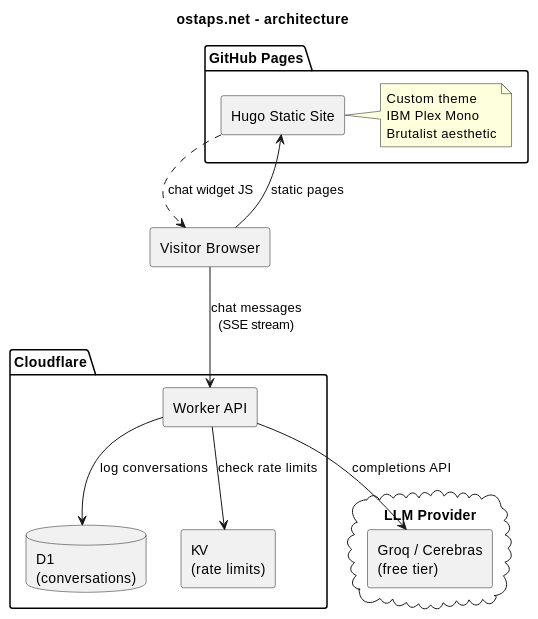
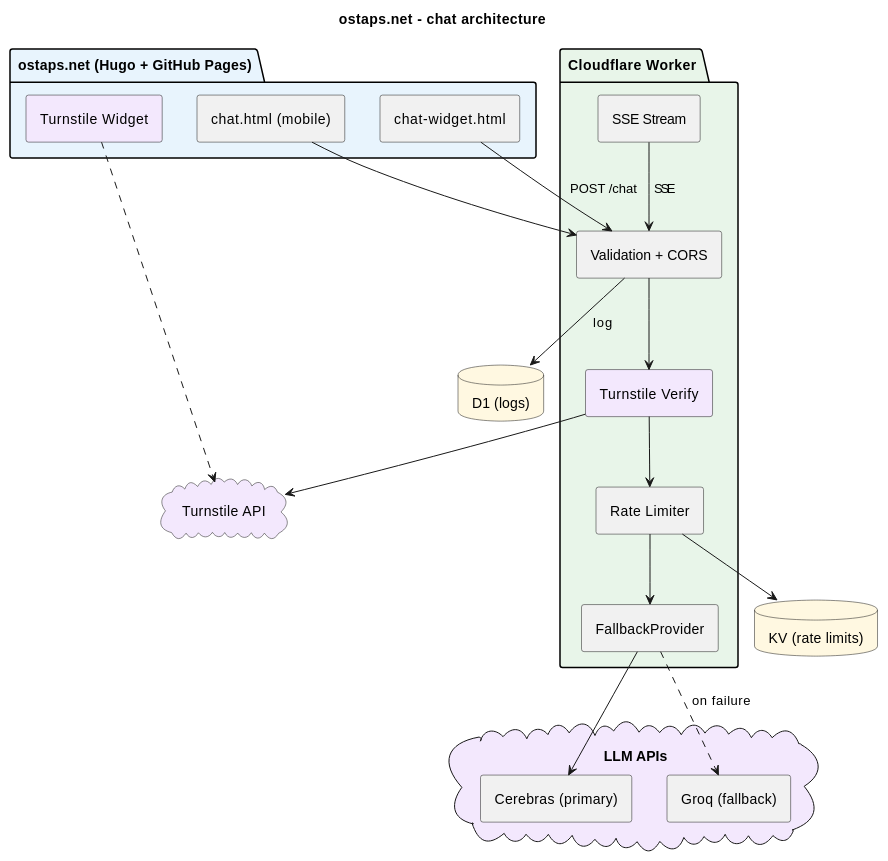
Before and after one commit to kintecus/kintecus.github.io: the diagram in README.md, drawn with PlantUML. The commit also changed other lines of this file, not shown here.

Commit message:
Update architecture diagram and stack for Turnstile and LLM fallback

````diff
--- a/README.md
+++ b/README.md
@@ -9,37 +9,46 @@
 ```plantuml
 @startuml
-title ostaps.net - architecture
+title ostaps.net - chat architecture
 
 skinparam componentStyle rectangle
-skinparam backgroundColor transparent
+skinparam padding 4
 
-package "GitHub Pages" {
-  [Hugo Static Site] as hugo
-  note right of hugo
-    Custom theme
-    IBM Plex Mono
-    Brutalist aesthetic
-  end note
+package "ostaps.net (Hugo + GitHub Pages)" as frontend #E8F4FD {
+  [chat-widget.html] as widget
+  [chat.html (mobile)] as chatpage
+  [Turnstile Widget] as tswidget #F3E8FD
 }
 
-package "Cloudflare" {
-  [Worker API] as worker
-  database "D1\n(conversations)" as d1
-  [KV\n(rate limits)] as kv
+package "Cloudflare Worker" as worker #E8F5E9 {
+  [Validation + CORS] as handler
+  [Turnstile Verify] as tsverify #F3E8FD
+  [Rate Limiter] as ratelimit
+  [FallbackProvider] as fallback
+  [SSE Stream] as sse
 }
 
-cloud "LLM Provider" as llm {
-  [Groq / Cerebras\n(free tier)] as model
+cloud "LLM APIs" as llm #F3E8FD {
+  [Cerebras (primary)] as cerebras
+  [Groq (fallback)] as groq
 }
 
-[Visitor Browser] as browser
+database "D1 (logs)" as d1 #FFF8E1
+database "KV (rate limits)" as kv #FFF8E1
+cloud "Turnstile API" as tsapi #F3E8FD
 
-browser --> hugo : static pages
-browser --> worker : chat messages\n(SSE stream)
-worker --> model : completions API
-worker --> d1 : log conversations
-worker --> kv : check rate limits
-hugo ..> browser : chat widget JS
+widget --> handler : POST /chat
+chatpage --> handler
+tswidget ..> tsapi
+
+handler --> tsverify
+tsverify --> tsapi
+tsverify --> ratelimit
+ratelimit --> fallback
+ratelimit --> kv
+fallback --> cerebras
+fallback ..> groq : on failure
+sse --> handler : SSE
+handler --> d1 : log
 
 @enduml
 ```
````
